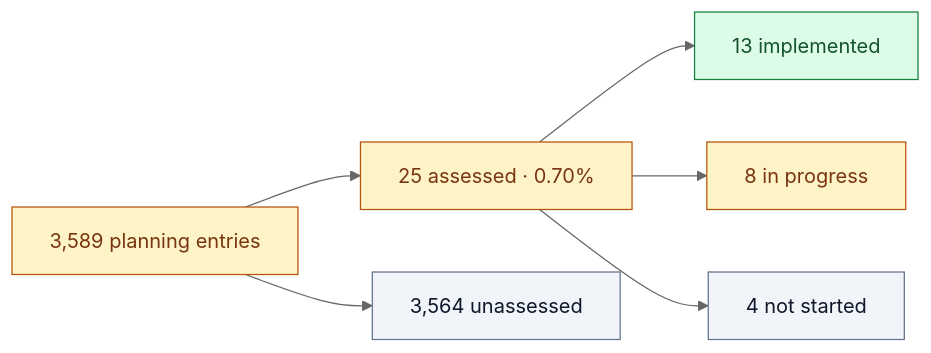
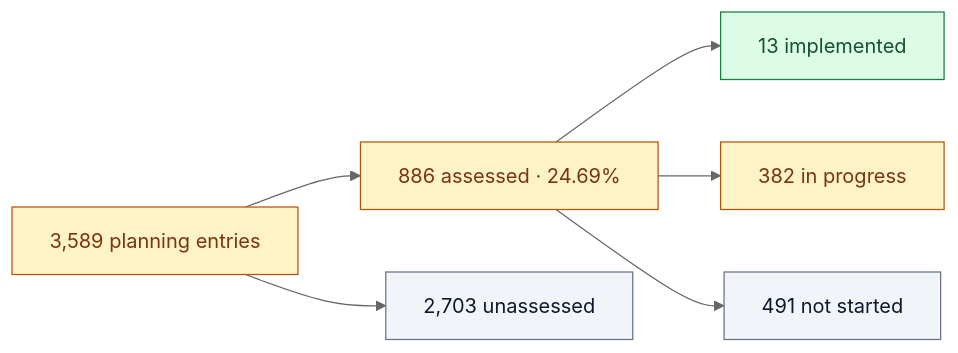
Before and after one commit to DillonHarvey/aether-android: the diagram in README.md, drawn with Mermaid (neutral theme). The commit also changed other lines of this file, not shown here.

````diff
--- a/README.md
+++ b/README.md
@@ -147,17 +149,17 @@
 ```mermaid
 flowchart LR
     accTitle: Compatibility catalogue review
     accDescr: Saved assessment labels, not feature completion or app compatibility.
     all["3,589 planning entries"]
-    all --> assessed["25 assessed · 0.70%"]
-    all --> pending["3,564 unassessed"]
+    all --> assessed["886 assessed · 24.69%"]
+    all --> pending["2,703 unassessed"]
     assessed --> status0["13 implemented"]:::implemented
-    assessed --> status1["8 in progress"]:::progress
-    assessed --> status2["4 not started"]:::pending
+    assessed --> status1["382 in progress"]:::progress
+    assessed --> status2["491 not started"]:::pending
     classDef implemented fill:#dcfce7,stroke:#15803d,color:#14532d
     classDef progress fill:#fef3c7,stroke:#b45309,color:#78350f
     classDef pending fill:#f1f5f9,stroke:#64748b,color:#0f172a
     classDef blocked fill:#fee2e2,stroke:#b91c1c,color:#7f1d1d
     class all,assessed progress
     class pending pending
 ```
````
